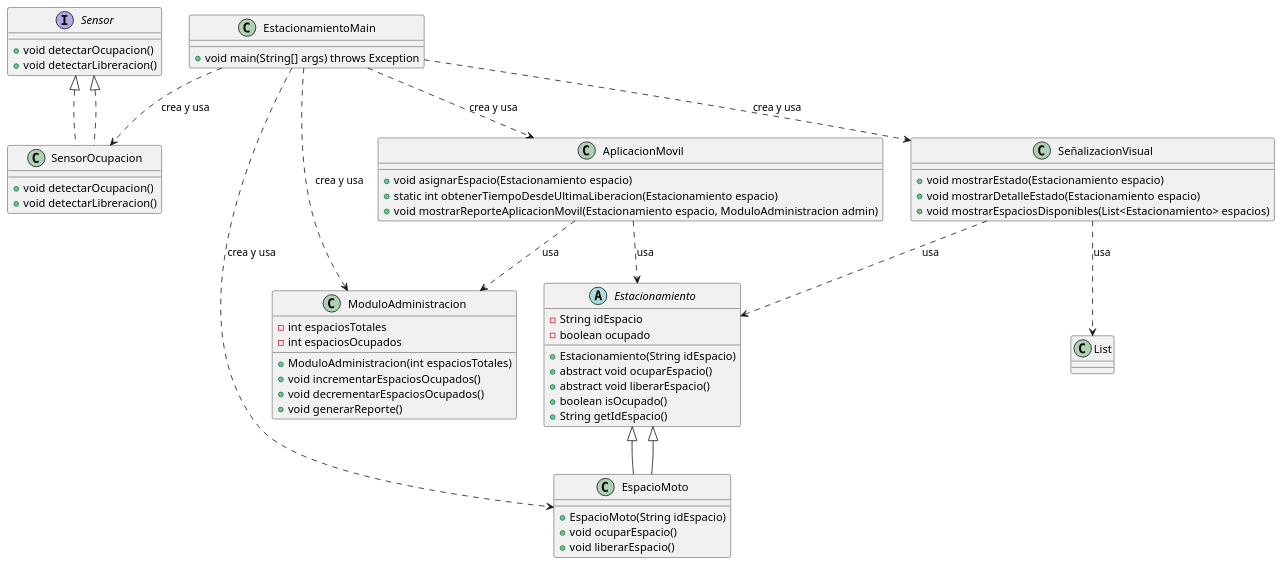
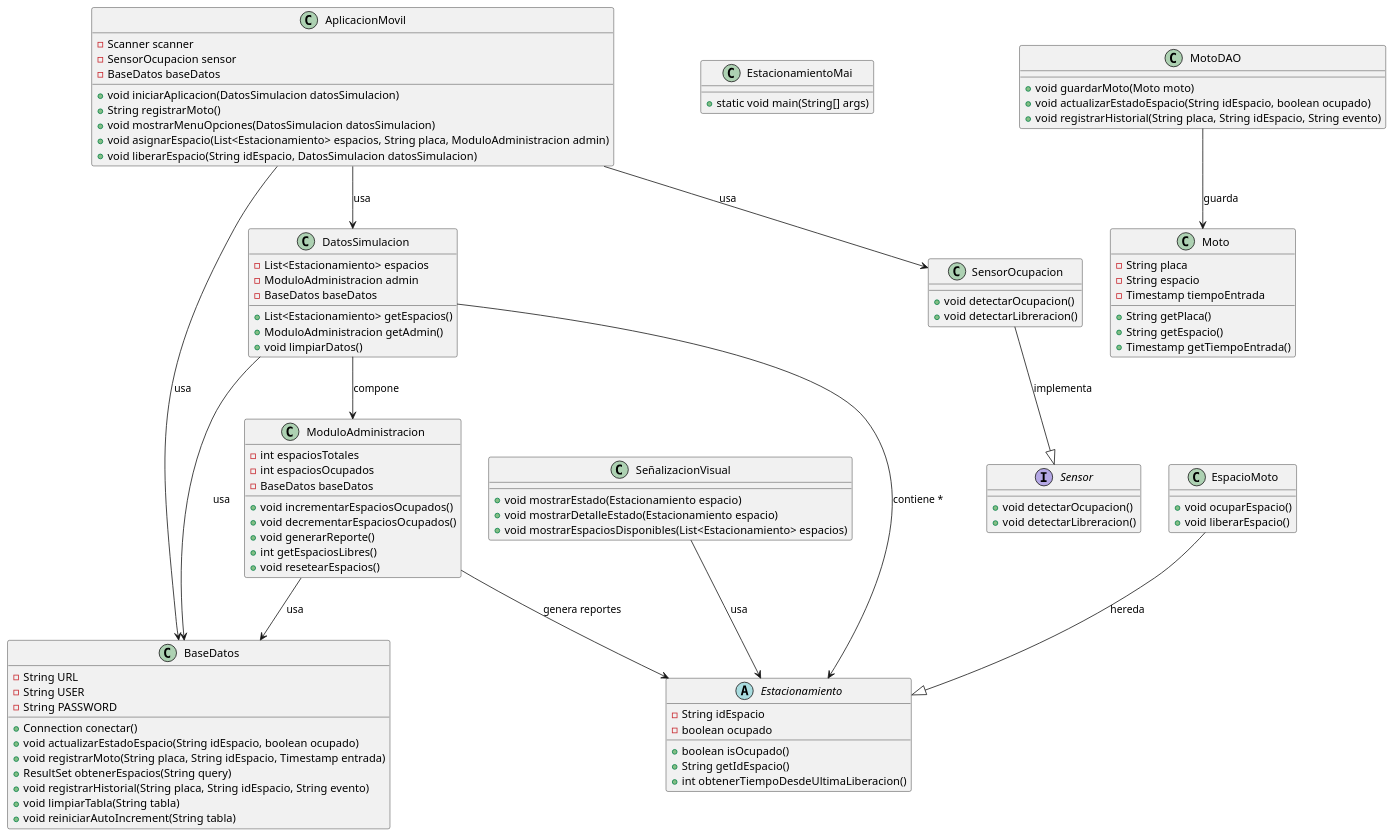
One commit to CesarRs1010/Trabajo_Grupo_Poo changed the diagram in SIGEE/src/Diagrama.Puml. Above: the diagram before and after it, drawn with PlantUML.

Commit message:
Update de Diagrama UML

```diff
--- a/SIGEE/src/Diagrama.Puml
+++ b/SIGEE/src/Diagrama.Puml
@@ -1,66 +1,110 @@
-@startuml Diagrama
+@startuml
 
-interface Sensor {
-    +void detectarOcupacion()
-    +void detectarLibreracion()
+' Clases principales
+class AplicacionMovil {
+    - Scanner scanner
+    - SensorOcupacion sensor
+    - BaseDatos baseDatos
+    + void iniciarAplicacion(DatosSimulacion datosSimulacion)
+    + String registrarMoto()
+    + void mostrarMenuOpciones(DatosSimulacion datosSimulacion)
+    + void asignarEspacio(List<Estacionamiento> espacios, String placa, ModuloAdministracion admin)
+    + void liberarEspacio(String idEspacio, DatosSimulacion datosSimulacion)
+}
+
+class BaseDatos {
+    - String URL
+    - String USER
+    - String PASSWORD
+    + Connection conectar()
+    + void actualizarEstadoEspacio(String idEspacio, boolean ocupado)
+    + void registrarMoto(String placa, String idEspacio, Timestamp entrada)
+    + ResultSet obtenerEspacios(String query)
+    + void registrarHistorial(String placa, String idEspacio, String evento)
+    + void limpiarTabla(String tabla)
+    + void reiniciarAutoIncrement(String tabla)
+}
+
+class DatosSimulacion {
+    - List<Estacionamiento> espacios
+    - ModuloAdministracion admin
+    - BaseDatos baseDatos
+    + List<Estacionamiento> getEspacios()
+    + ModuloAdministracion getAdmin()
+    + void limpiarDatos()
 }
 
 abstract class Estacionamiento {
     - String idEspacio
     - boolean ocupado
-    + Estacionamiento(String idEspacio)
-    + abstract void ocuparEspacio()
-    + abstract void liberarEspacio()
     + boolean isOcupado()
     + String getIdEspacio()
+    + int obtenerTiempoDesdeUltimaLiberacion()
 }
 
-class EspacioMoto extends Estacionamiento {
-    + EspacioMoto(String idEspacio)
+class EspacioMoto {
     + void ocuparEspacio()
     + void liberarEspacio()
 }
 
-class SensorOcupacion implements Sensor {
+class EstacionamientoMai {
+    + static void main(String[] args)
+}
+
+class ModuloAdministracion {
+    - int espaciosTotales
+    - int espaciosOcupados
+    - BaseDatos baseDatos
+    + void incrementarEspaciosOcupados()
+    + void decrementarEspaciosOcupados()
+    + void generarReporte()
+    + int getEspaciosLibres()
+    + void resetearEspacios()
+}
+
+class Moto {
+    - String placa
+    - String espacio
+    - Timestamp tiempoEntrada
+    + String getPlaca()
+    + String getEspacio()
+    + Timestamp getTiempoEntrada()
+}
+
+class MotoDAO {
+    + void guardarMoto(Moto moto)
+    + void actualizarEstadoEspacio(String idEspacio, boolean ocupado)
+    + void registrarHistorial(String placa, String idEspacio, String evento)
+}
+
+class SensorOcupacion {
     + void detectarOcupacion()
     + void detectarLibreracion()
 }
 
-class AplicacionMovil {
-    + void asignarEspacio(Estacionamiento espacio)
-    + static int obtenerTiempoDesdeUltimaLiberacion(Estacionamiento espacio)
-    + void mostrarReporteAplicacionMovil(Estacionamiento espacio, ModuloAdministracion admin)
+interface Sensor {
+    + void detectarOcupacion()
+    + void detectarLibreracion()
 }
 
 class SeñalizacionVisual {
     + void mostrarEstado(Estacionamiento espacio)
     + void mostrarDetalleEstado(Estacionamiento espacio)
     + void mostrarEspaciosDisponibles(List<Estacionamiento> espacios)
 }
 
-class ModuloAdministracion {
-    - int espaciosTotales
-    - int espaciosOcupados
-    + ModuloAdministracion(int espaciosTotales)
-    + void incrementarEspaciosOcupados()
-    + void decrementarEspaciosOcupados()
-    + void generarReporte()
-}
-
-class EstacionamientoMain {
-    + void main(String[] args) throws Exception
-}
-
-Estacionamiento <|-- EspacioMoto
-Sensor <|.. SensorOcupacion
-EstacionamientoMain ..> AplicacionMovil : "crea y usa"
-EstacionamientoMain ..> EspacioMoto : "crea y usa"
-EstacionamientoMain ..> SensorOcupacion : "crea y usa"
-EstacionamientoMain ..> SeñalizacionVisual : "crea y usa"
-EstacionamientoMain ..> ModuloAdministracion : "crea y usa"
-AplicacionMovil ..> Estacionamiento : "usa"
-AplicacionMovil ..> ModuloAdministracion : "usa"
-SeñalizacionVisual ..> Estacionamiento : "usa"
-SeñalizacionVisual ..> List : "usa"
+' Relaciones
+AplicacionMovil --> DatosSimulacion : "usa"
+AplicacionMovil --> BaseDatos : "usa"
+AplicacionMovil --> SensorOcupacion : "usa"
+DatosSimulacion --> ModuloAdministracion : "compone"
+DatosSimulacion --> BaseDatos : "usa"
+DatosSimulacion --> Estacionamiento : "contiene *"
+EspacioMoto --|> Estacionamiento : "hereda"
+ModuloAdministracion --> BaseDatos : "usa"
+ModuloAdministracion --> Estacionamiento : "genera reportes"
+MotoDAO --> Moto : "guarda"
+SensorOcupacion --|> Sensor : "implementa"
+SeñalizacionVisual --> Estacionamiento : "usa"
 
 @enduml
```
